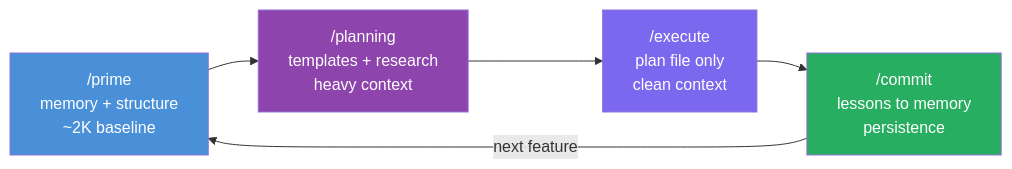
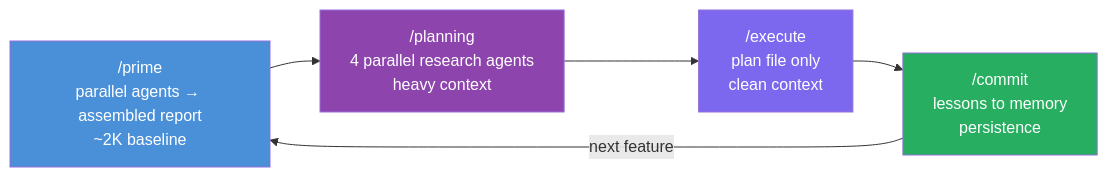
Before and after one commit to ryanjosebrosas/original-coding-system-claude: the fourth of 11 diagrams in README.md, drawn with Mermaid. The commit also changed other lines of this file, not shown here.

Commit message:
docs(readme): document parallel agent dispatch for prime and planning

````diff
--- a/README.md
+++ b/README.md
@@ -201,12 +201,12 @@
 ```mermaid
 graph LR
-    PRIME["/prime<br/>memory + structure<br/>~2K baseline"] --> PLANNING["/planning<br/>templates + research<br/>heavy context"]
+    PRIME["/prime<br/>parallel agents → assembled report<br/>~2K baseline"] --> PLANNING["/planning<br/>4 parallel research agents<br/>heavy context"]
     PLANNING --> EXECUTE["/execute<br/>plan file only<br/>clean context"]
     EXECUTE --> COMMIT["/commit<br/>lessons to memory<br/>persistence"]
     COMMIT -->|"next feature"| PRIME
 
     style PRIME fill:#4a90d9,color:#fff
     style PLANNING fill:#8e44ad,color:#fff
     style EXECUTE fill:#7b68ee,color:#fff
     style COMMIT fill:#27ae60,color:#fff
 ```
````
